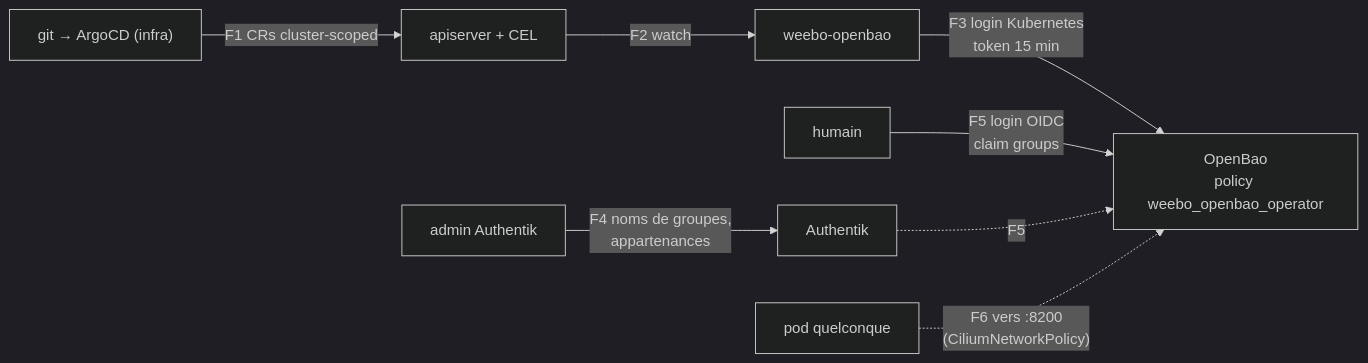
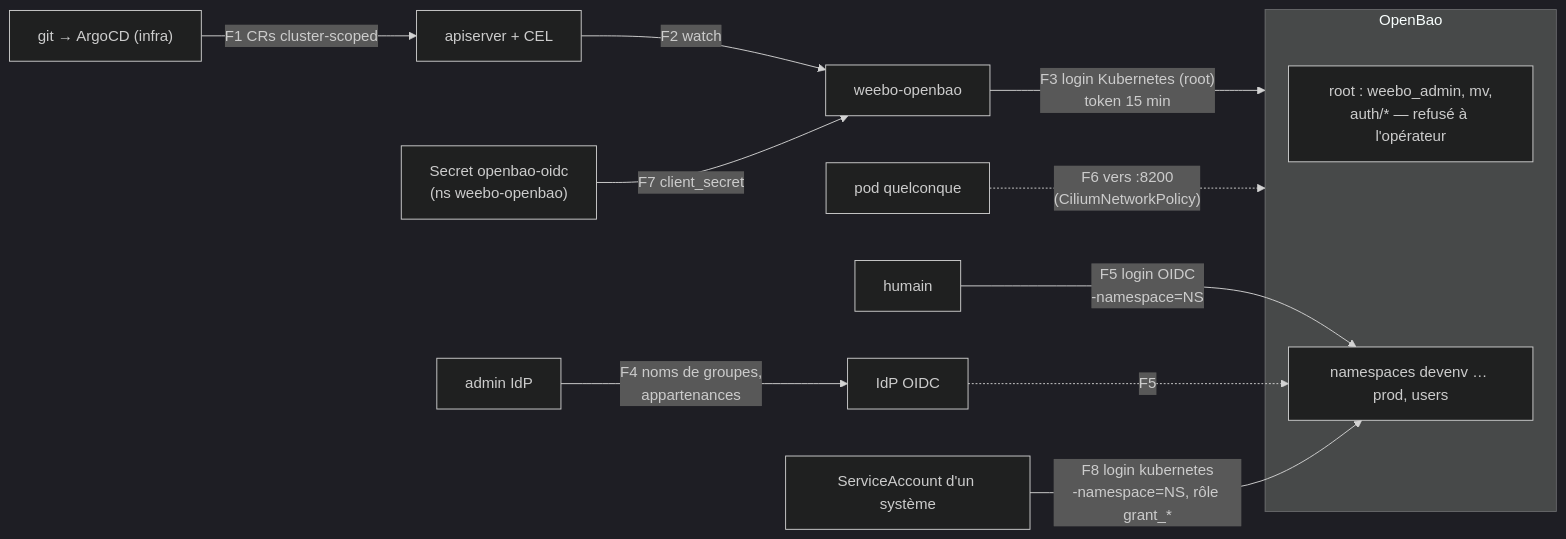
Before and after one commit to weebo-si-operator/weebo-operator-kit: the fifth of 5 diagrams in docs/rfc-0007-espaces-openbao-declaratifs.md, drawn with Mermaid (dark theme). The commit also changed other lines of this file, not shown here.

First line of the commit message:
docs(rfc-0007): namespaces per env, human and machine access models

````diff
--- a/docs/rfc-0007-espaces-openbao-declaratifs.md
+++ b/docs/rfc-0007-espaces-openbao-declaratifs.md
@@ -686,10 +1098,16 @@
 ```mermaid
 flowchart LR
     G["git → ArgoCD (infra)"] -- "F1 CRs cluster-scoped" --> K["apiserver + CEL"]
     K -- "F2 watch" --> O["weebo-openbao"]
-    O -- "F3 login Kubernetes<br/>token 15 min" --> OB["OpenBao<br/>policy weebo_openbao_operator"]
-    AK["admin Authentik"] -- "F4 noms de groupes,<br/>appartenances" --> AU["Authentik"]
-    H["humain"] -- "F5 login OIDC<br/>claim groups" --> OB
-    AU -. "F5" .-> OB
+    S["Secret openbao-oidc<br/>(ns weebo-openbao)"] -- "F7 client_secret" --> O
+    O -- "F3 login Kubernetes (root)<br/>token 15 min" --> OB
+    subgraph OB["OpenBao"]
+        R["root : weebo_admin, mv,<br/>auth/* — refusé à l'opérateur"]
+        N["namespaces devenv … prod, users"]
+    end
+    AK["admin IdP"] -- "F4 noms de groupes,<br/>appartenances" --> AU["IdP OIDC"]
+    H["humain"] -- "F5 login OIDC<br/>-namespace=NS" --> N
+    AU -. "F5" .-> N
     P["pod quelconque"] -. "F6 vers :8200<br/>(CiliumNetworkPolicy)" .-> OB
+    SA["ServiceAccount d'un système"] -- "F8 login kubernetes<br/>-namespace=NS, rôle grant_*" --> N
 ```
````
